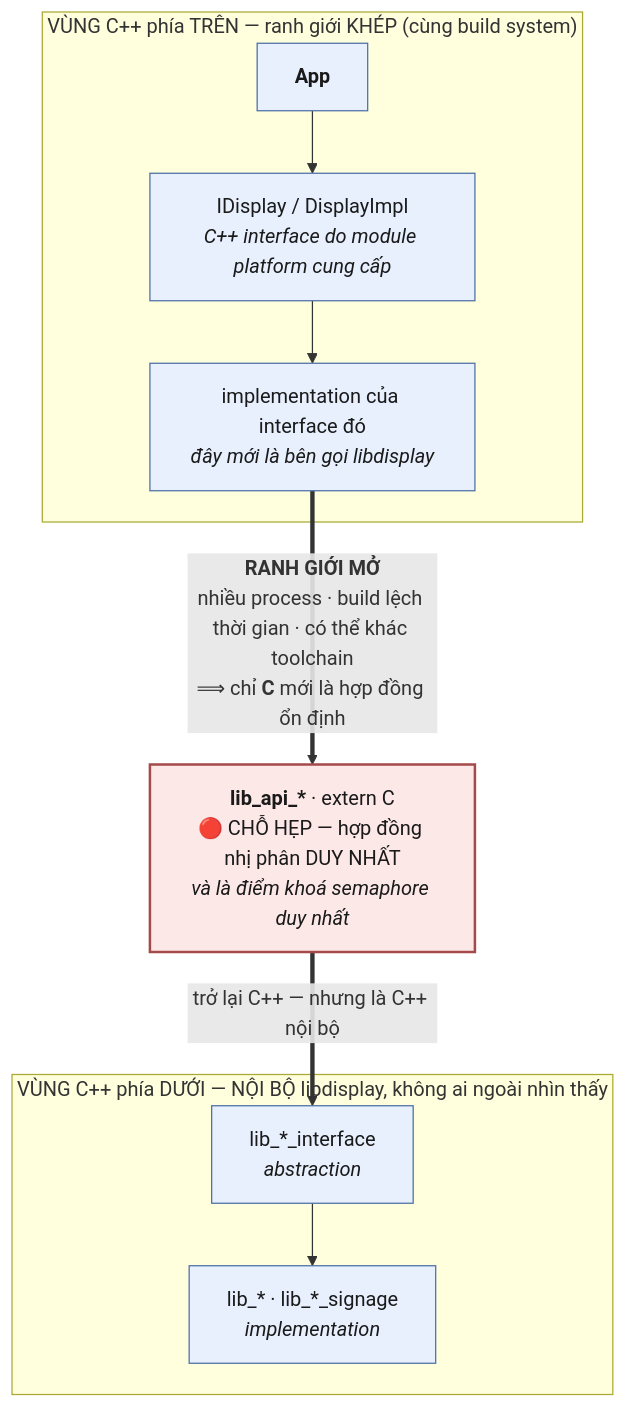
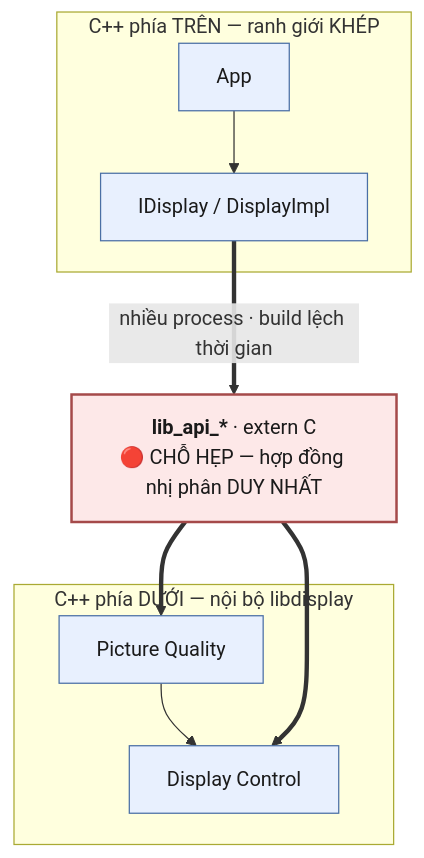
Before and after one commit to gia0901/Embedded-Knowledge: the second of 5 diagrams in 11-design-patterns/in-practice/A1-baseline-libdisplay.md, drawn with Mermaid. The commit also changed other lines of this file and 9 other files, not shown here.

````diff
--- a/11-design-patterns/in-practice/A1-baseline-libdisplay.md
+++ b/11-design-patterns/in-practice/A1-baseline-libdisplay.md
@@ -71,25 +102,20 @@
 ```mermaid
 flowchart TD
-    subgraph TREN["VÙNG C++ phía TRÊN — ranh giới KHÉP (cùng build system)"]
-        A["<b>App</b>"]
-        B["IDisplay / DisplayImpl<br/><i>C++ interface do module platform cung cấp</i>"]
-        C["implementation của interface đó<br/><i>đây mới là bên gọi libdisplay</i>"]
-        A --> B --> C
+    subgraph TREN["C++ phía TRÊN — ranh giới KHÉP"]
+        A["App"] --> B["IDisplay / DisplayImpl"]
     end
-
-    D["<b>lib_api_*</b> · extern C<br/>🔴 CHỖ HẸP — hợp đồng nhị phân DUY NHẤT<br/><i>và là điểm khoá semaphore duy nhất</i>"]
-
-    subgraph DUOI["VÙNG C++ phía DƯỚI — NỘI BỘ libdisplay, không ai ngoài nhìn thấy"]
-        E["lib_*_interface<br/><i>abstraction</i>"]
-        F["lib_* · lib_*_signage<br/><i>implementation</i>"]
-        E --> F
+    D["<b>lib_api_*</b> · extern C<br/>🔴 CHỖ HẸP — hợp đồng nhị phân DUY NHẤT"]
+    subgraph DUOI["C++ phía DƯỚI — nội bộ libdisplay"]
+        E["Picture Quality"]
+        G["Display Control"]
+        E --> G
     end
-
-    C ==>|"<b>RANH GIỚI MỞ</b><br/>nhiều process · build lệch thời gian · có thể khác toolchain<br/>⟹ chỉ <b>C</b> mới là hợp đồng ổn định"| D
-    D ==>|"trở lại C++ — nhưng là C++ nội bộ"| E
+    B ==>|"nhiều process · build lệch thời gian"| D
+    D ==> E
+    D ==> G
 
     classDef waist fill:#fde8e8,stroke:#a54a4a,stroke-width:2px,color:#1a1a1a
     classDef cpp   fill:#e8f0fe,stroke:#4a6fa5,color:#1a1a1a
     class D waist
-    class A,B,C,E,F cpp
+    class A,B,E,G cpp
 ```
````
